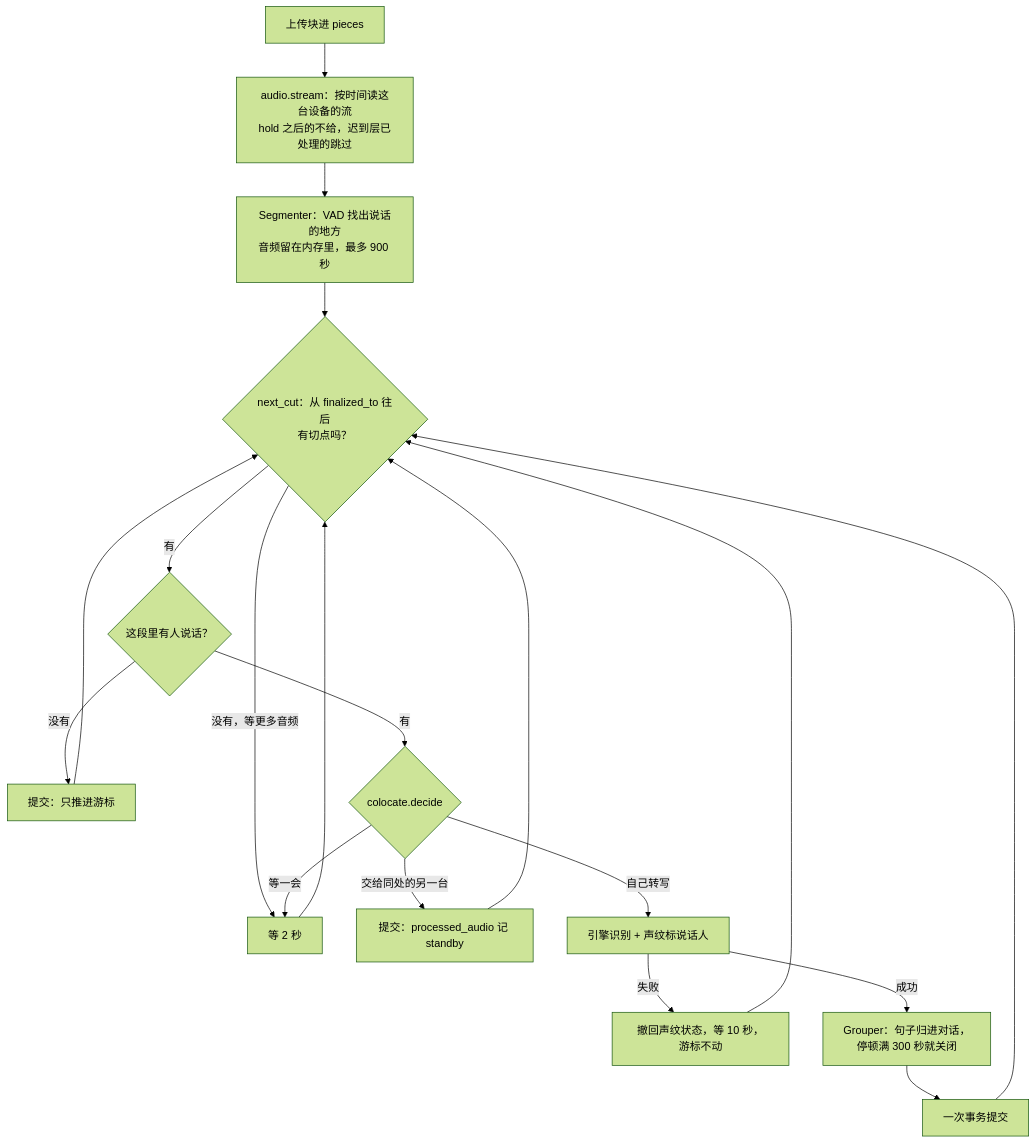
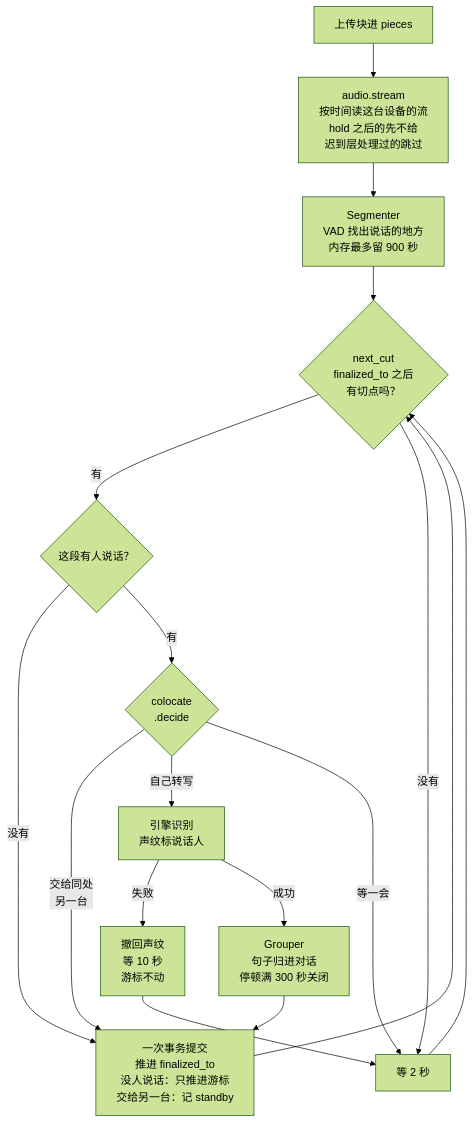
Before and after one commit to suyiiyii/alldayrec: the fourth of 5 diagrams in docs/explanation/domain-model.md, drawn with Mermaid (forest theme). The commit also changed other lines of this file and 5 other files, not shown here.

Commit message:
[doc] Render mermaid diagrams on the docs site

````diff
--- a/docs/explanation/domain-model.md
+++ b/docs/explanation/domain-model.md
@@ -261,19 +290,17 @@
 ```mermaid
 flowchart TD
-    A["上传块进 pieces"] --> B["audio.stream：按时间读这台设备的流<br/>hold 之后的不给，迟到层已处理的跳过"]
-    B --> C["Segmenter：VAD 找出说话的地方<br/>音频留在内存里，最多 900 秒"]
-    C --> D{"next_cut：从 finalized_to 往后<br/>有切点吗？"}
-    D -- "没有，等更多音频" --> W["等 2 秒"] --> D
-    D -- "有" --> E{"这段里有人说话？"}
-    E -- "没有" --> P["提交：只推进游标"]
-    E -- "有" --> F{"colocate.decide"}
+    A["上传块进 pieces"] --> B["audio.stream<br/>按时间读这台设备的流<br/>hold 之后的先不给<br/>迟到层处理过的跳过"]
+    B --> C["Segmenter<br/>VAD 找出说话的地方<br/>内存最多留 900 秒"]
+    C --> D{"next_cut<br/>finalized_to 之后<br/>有切点吗？"}
+    D -- "有" --> E{"这段有人说话？"}
+    E -- "没有" --> T
+    D -- "没有" --> W["等 2 秒"] --> D
+    E -- "有" --> F{"colocate<br/>.decide"}
+    F -- "交给同处<br/>另一台" --> T
+    F -- "自己转写" --> G["引擎识别<br/>声纹标说话人"]
     F -- "等一会" --> W
-    F -- "交给同处的另一台" --> S["提交：processed_audio 记 standby"]
-    F -- "自己转写" --> G["引擎识别 + 声纹标说话人"]
-    G -- "失败" --> R["撤回声纹状态，等 10 秒，游标不动"] --> D
-    G -- "成功" --> H["Grouper：句子归进对话，<br/>停顿满 300 秒就关闭"]
-    H --> T["一次事务提交"]
-    P --> D
-    S --> D
+    G -- "失败" --> R["撤回声纹<br/>等 10 秒<br/>游标不动"] --> W
+    G -- "成功" --> H["Grouper<br/>句子归进对话<br/>停顿满 300 秒关闭"]
+    H --> T["一次事务提交<br/>推进 finalized_to<br/>没人说话：只推进游标<br/>交给另一台：记 standby"]
     T --> D
 ```
````
